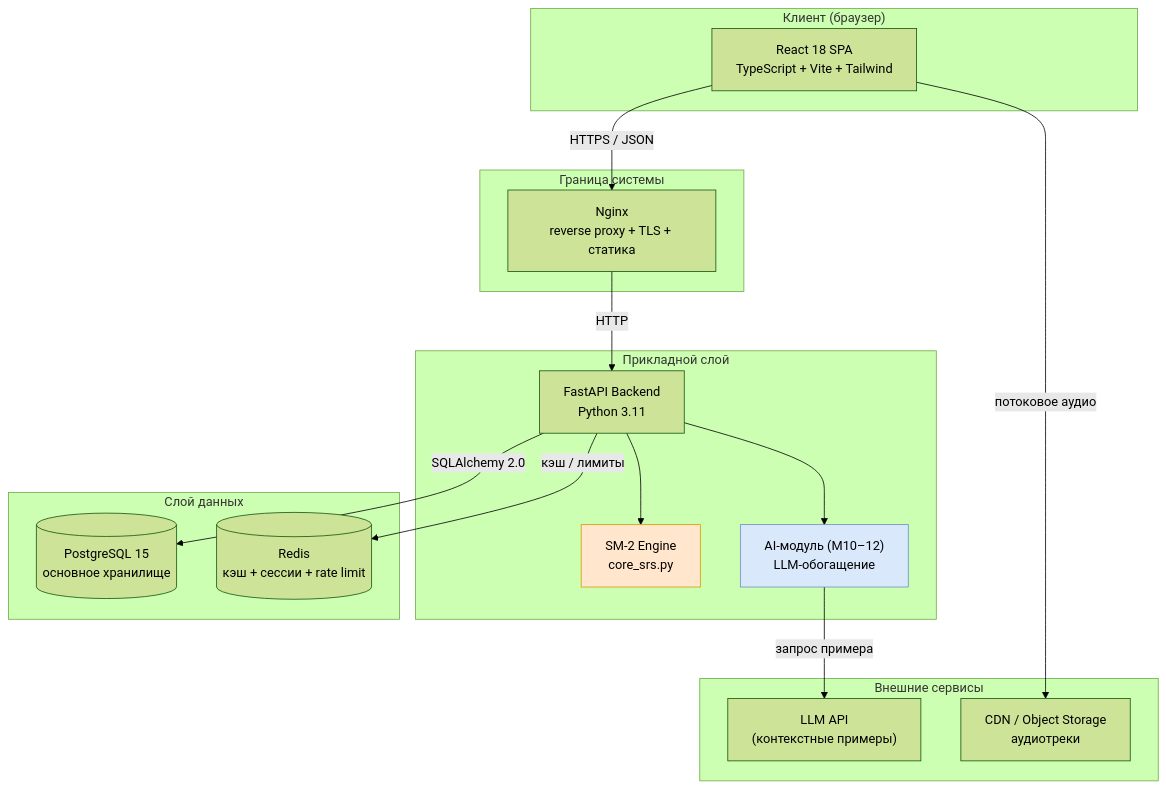
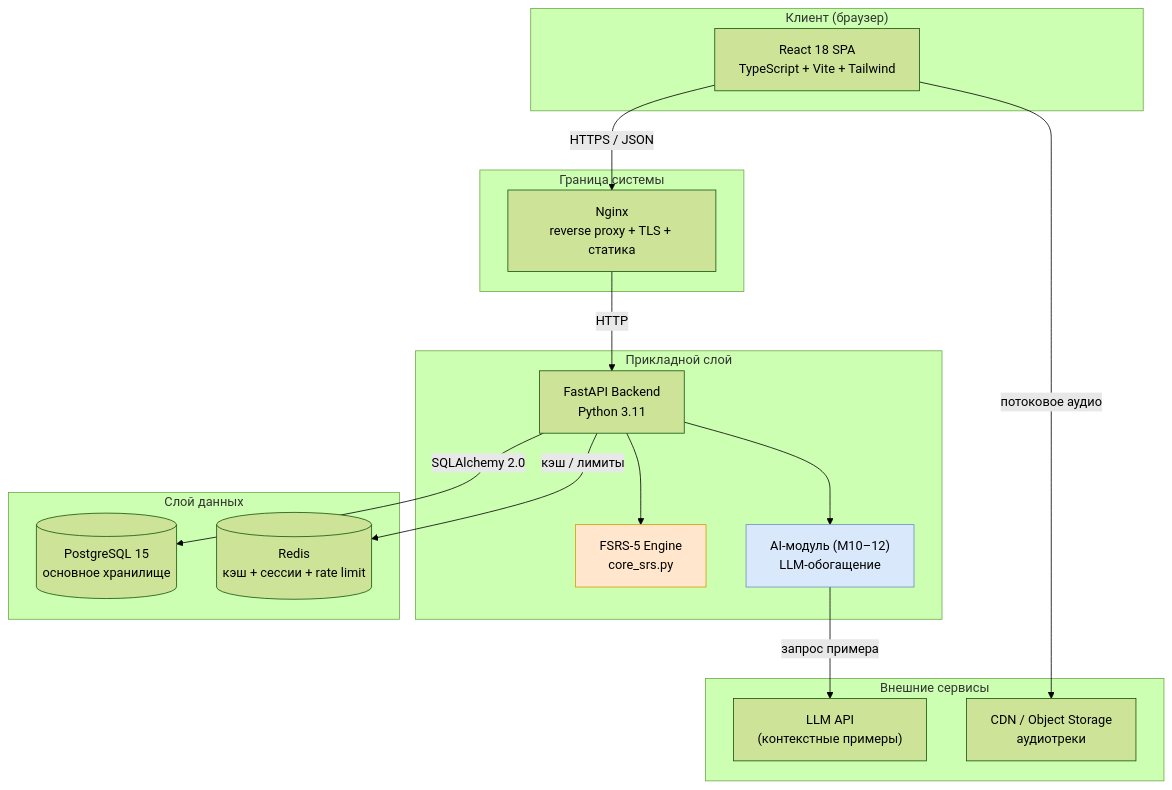
One commit to Have-A-Cigar/linguabeat changed the first of 7 diagrams in docs/ARCHITECTURE.md. Above: the diagram before and after it, drawn with Mermaid (forest theme). The commit also changed other lines of this file and 2 other files, not shown here.

First line of the commit message:
docs: fix SM-2 references to FSRS-5, clean up descriptions

````diff
--- a/docs/ARCHITECTURE.md
+++ b/docs/ARCHITECTURE.md
@@ -32,38 +32,38 @@
 ```mermaid
 graph TD
     subgraph Client["Клиент (браузер)"]
         SPA["React 18 SPA<br/>TypeScript + Vite + Tailwind"]
     end
 
     subgraph Edge["Граница системы"]
         NGINX["Nginx<br/>reverse proxy + TLS + статика"]
     end
 
     subgraph App["Прикладной слой"]
         API["FastAPI Backend<br/>Python 3.11"]
-        SRS["SM-2 Engine<br/>core_srs.py"]
+        SRS["FSRS-5 Engine<br/>core_srs.py"]
         AI["AI-модуль (М10–12)<br/>LLM-обогащение"]
     end
 
     subgraph Data["Слой данных"]
         PG[("PostgreSQL 15<br/>основное хранилище")]
         REDIS[("Redis<br/>кэш + сессии + rate limit")]
     end
 
     subgraph External["Внешние сервисы"]
         LLM["LLM API<br/>(контекстные примеры)"]
         CDN["CDN / Object Storage<br/>аудиотреки"]
     end
 
     SPA -->|HTTPS / JSON| NGINX
     NGINX -->|HTTP| API
     API --> SRS
     API --> AI
     API -->|SQLAlchemy 2.0| PG
     API -->|кэш / лимиты| REDIS
     AI -->|запрос примера| LLM
     SPA -->|потоковое аудио| CDN
 
     style SRS fill:#ffe6cc,stroke:#d79b00
     style AI fill:#dae8fc,stroke:#6c8ebf
 ```
````
